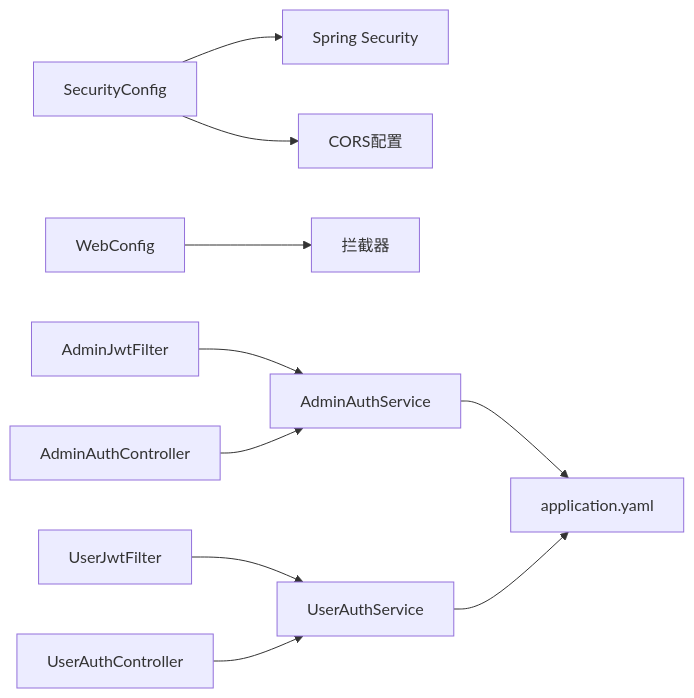
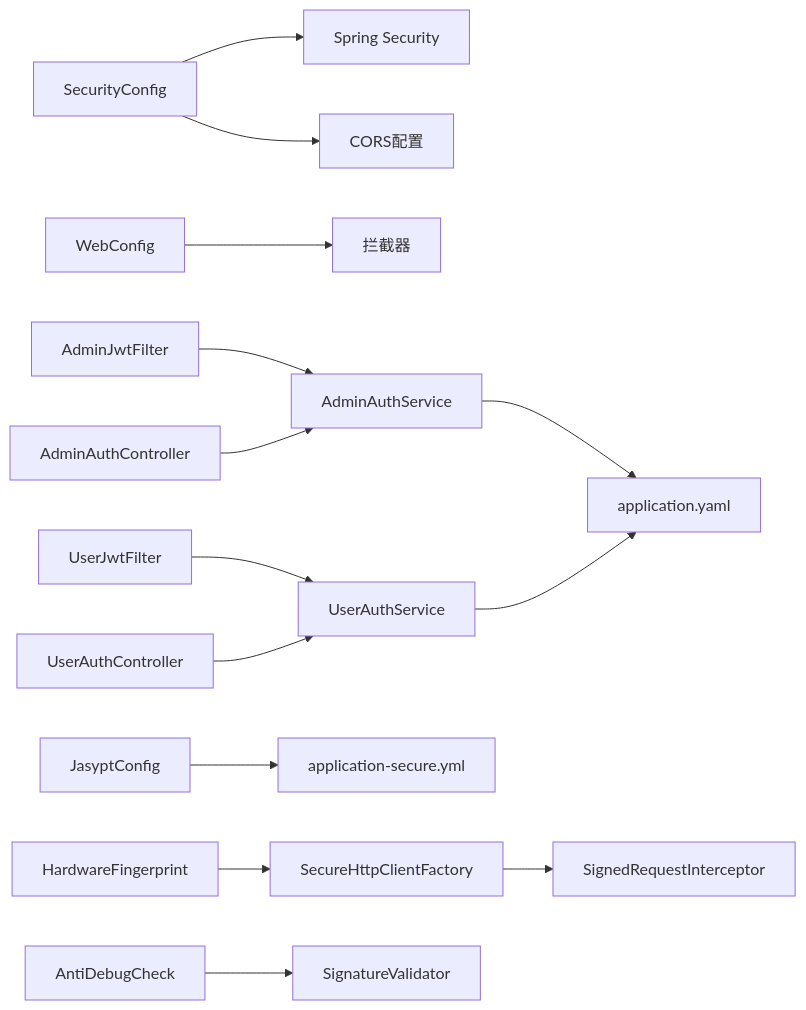
Before and after one commit to xulingfeng931027/get_jobs: diagram 11 of 11 in .qoder/repowiki/zh/content/部署运维/安全运维.md, drawn with Mermaid. The commit also changed other lines of this file and 74 other files, not shown here.

````diff
--- a/.qoder/repowiki/zh/content/部署运维/安全运维.md
+++ b/.qoder/repowiki/zh/content/部署运维/安全运维.md
@@ -258,12 +481,16 @@
 ```mermaid
 graph LR
 SecurityConfig --> SpringSecurity["Spring Security"]
 SecurityConfig --> Cors["CORS配置"]
 WebConfig --> Interceptor["拦截器"]
 AdminJwtFilter --> AdminAuthService
 UserJwtFilter --> UserAuthService
 AdminAuthController --> AdminAuthService
 UserAuthController --> UserAuthService
 AdminAuthService --> application_yaml["application.yaml"]
 UserAuthService --> application_yaml
+JasyptConfig --> application_secure["application-secure.yml"]
+SecureHttpClientFactory --> SignedRequestInterceptor
+AntiDebugCheck --> SignatureValidator
+HardwareFingerprint --> SecureHttpClientFactory
 ```
````
